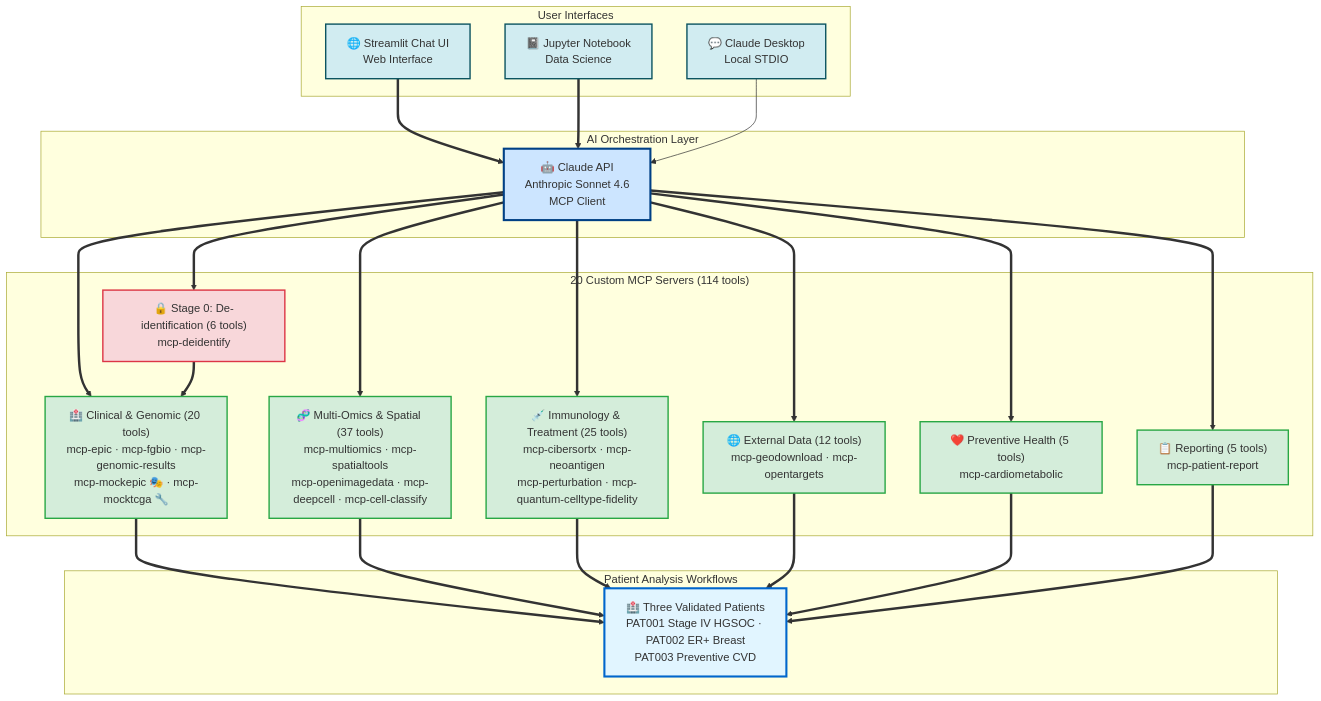
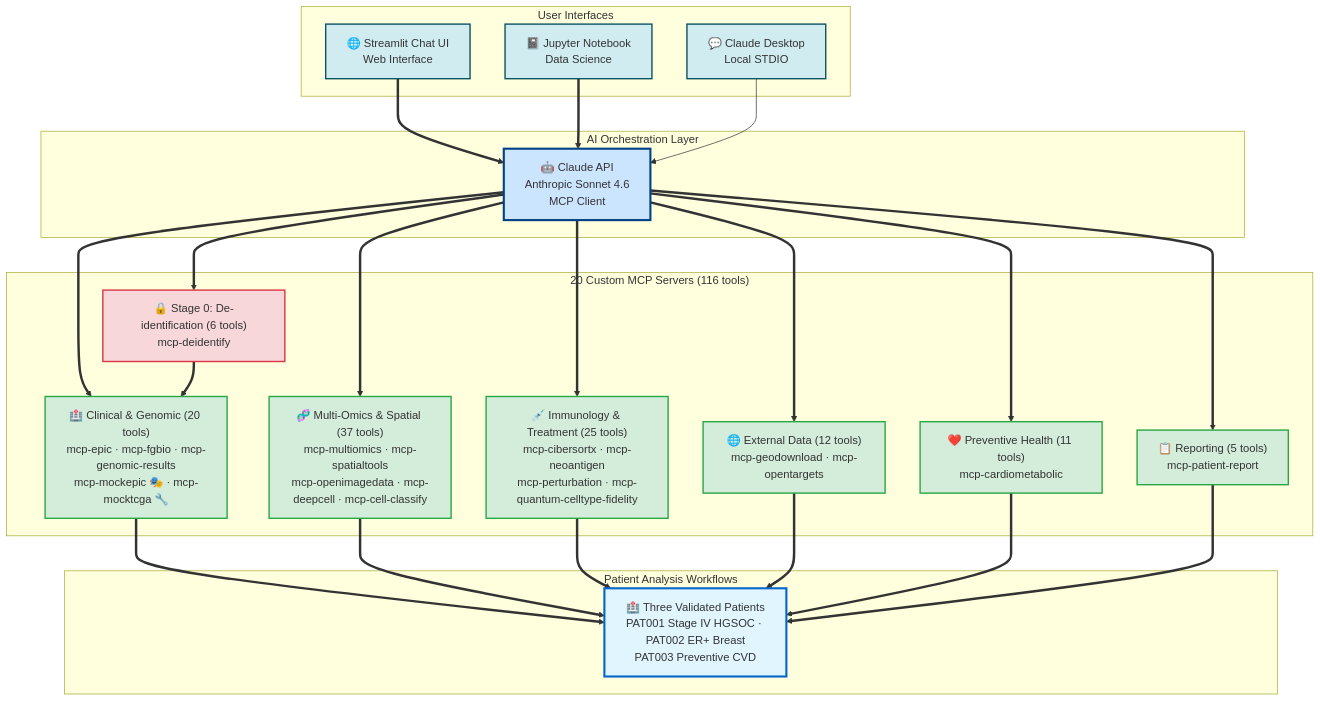
The second of 2 diagrams in docs/for-developers/README.md (lynnlangit/spatial-mcp), drawn with Mermaid before and after one commit. The commit also changed 9 other files, not shown here.

````diff
--- a/docs/for-developers/README.md
+++ b/docs/for-developers/README.md
@@ -83,59 +83,59 @@
 ```mermaid
 graph TB
     subgraph "User Interfaces"
         STREAMLIT["🌐 Streamlit Chat UI<br/>Web Interface"]
         JUPYTER["📓 Jupyter Notebook<br/>Data Science"]
         DESKTOP["💬 Claude Desktop<br/>Local STDIO"]
     end
 
     subgraph "AI Orchestration Layer"
         API["🤖 Claude API<br/>Anthropic Sonnet 4.6<br/>MCP Client"]
     end
 
-    subgraph "20 Custom MCP Servers (114 tools)"
+    subgraph "20 Custom MCP Servers (116 tools)"
         STAGE0["🔒 Stage 0: De-identification (6 tools)<br/>mcp-deidentify"]
         CLINICAL["🏥 Clinical & Genomic (20 tools)<br/>mcp-epic · mcp-fgbio · mcp-genomic-results<br/>mcp-mockepic 🎭 · mcp-mocktcga 🔧"]
         OMICS["🧬 Multi-Omics & Spatial (37 tools)<br/>mcp-multiomics · mcp-spatialtools<br/>mcp-openimagedata · mcp-deepcell · mcp-cell-classify"]
         IMMUNO["💉 Immunology & Treatment (25 tools)<br/>mcp-cibersortx · mcp-neoantigen<br/>mcp-perturbation · mcp-quantum-celltype-fidelity"]
         EXTDATA["🌐 External Data (12 tools)<br/>mcp-geodownload · mcp-opentargets"]
-        PREVENT["❤️ Preventive Health (5 tools)<br/>mcp-cardiometabolic"]
+        PREVENT["❤️ Preventive Health (11 tools)<br/>mcp-cardiometabolic"]
         REPORT["📋 Reporting (5 tools)<br/>mcp-patient-report"]
     end
 
     subgraph "Patient Analysis Workflows"
         PATIENT["🏥 Three Validated Patients<br/>PAT001 Stage IV HGSOC · PAT002 ER+ Breast<br/>PAT003 Preventive CVD"]
     end
 
     STREAMLIT ==> API
     JUPYTER ==> API
     DESKTOP --> API
 
     API ==> STAGE0
     API ==> CLINICAL
     API ==> OMICS
     API ==> IMMUNO
     API ==> EXTDATA
     API ==> PREVENT
     API ==> REPORT
 
     STAGE0 ==> CLINICAL
     CLINICAL ==> PATIENT
     OMICS ==> PATIENT
     IMMUNO ==> PATIENT
     EXTDATA ==> PATIENT
     PREVENT ==> PATIENT
     REPORT ==> PATIENT
 
     style STREAMLIT fill:#d1ecf1,stroke:#0c5460,stroke-width:2px
     style JUPYTER fill:#d1ecf1,stroke:#0c5460,stroke-width:2px
     style DESKTOP fill:#d1ecf1,stroke:#0c5460,stroke-width:2px
     style API fill:#cce5ff,stroke:#004085,stroke-width:3px
     style PATIENT fill:#e1f5ff,stroke:#0066cc,stroke-width:3px
     style STAGE0 fill:#f8d7da,stroke:#dc3545,stroke-width:2px
     style CLINICAL fill:#d4edda,stroke:#28a745,stroke-width:2px
     style OMICS fill:#d4edda,stroke:#28a745,stroke-width:2px
     style IMMUNO fill:#d4edda,stroke:#28a745,stroke-width:2px
     style EXTDATA fill:#d4edda,stroke:#28a745,stroke-width:2px
     style PREVENT fill:#d4edda,stroke:#28a745,stroke-width:2px
     style REPORT fill:#d4edda,stroke:#28a745,stroke-width:2px
 ```
````
